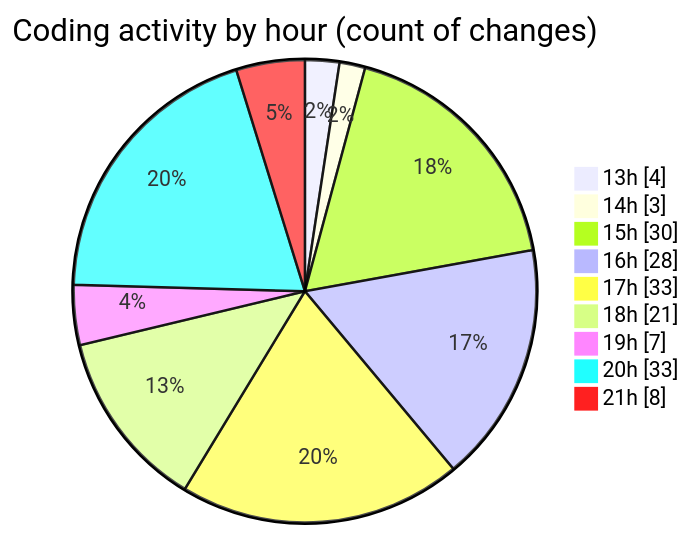
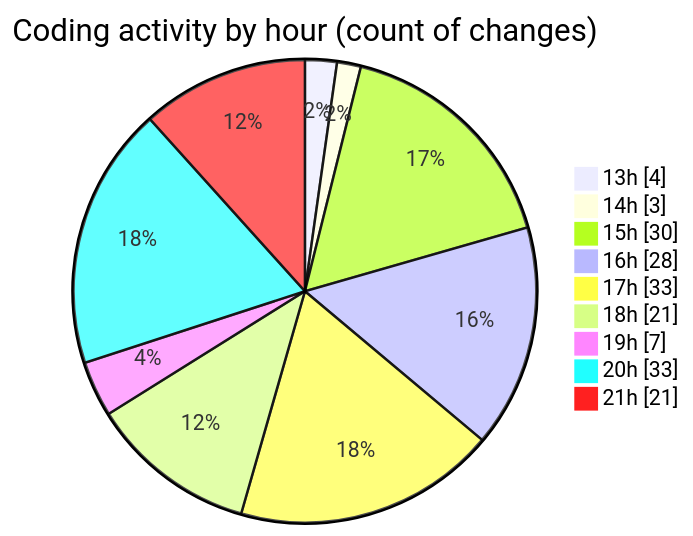
The second of 2 diagrams in 2025-08-11/ribbon/README.md (EIIisD/code-tracking), drawn with Mermaid before and after one commit. The commit also changed other lines of this file and 1 other file, not shown here.

````diff
--- a/2025-08-11/ribbon/README.md
+++ b/2025-08-11/ribbon/README.md
@@ -52,13 +57,13 @@
 ```mermaid
 pie showData
 title Coding activity by hour (count of changes)
 "13h" : 4
 "14h" : 3
 "15h" : 30
 "16h" : 28
 "17h" : 33
 "18h" : 21
 "19h" : 7
 "20h" : 33
-"21h" : 8
+"21h" : 21
 ```
````
